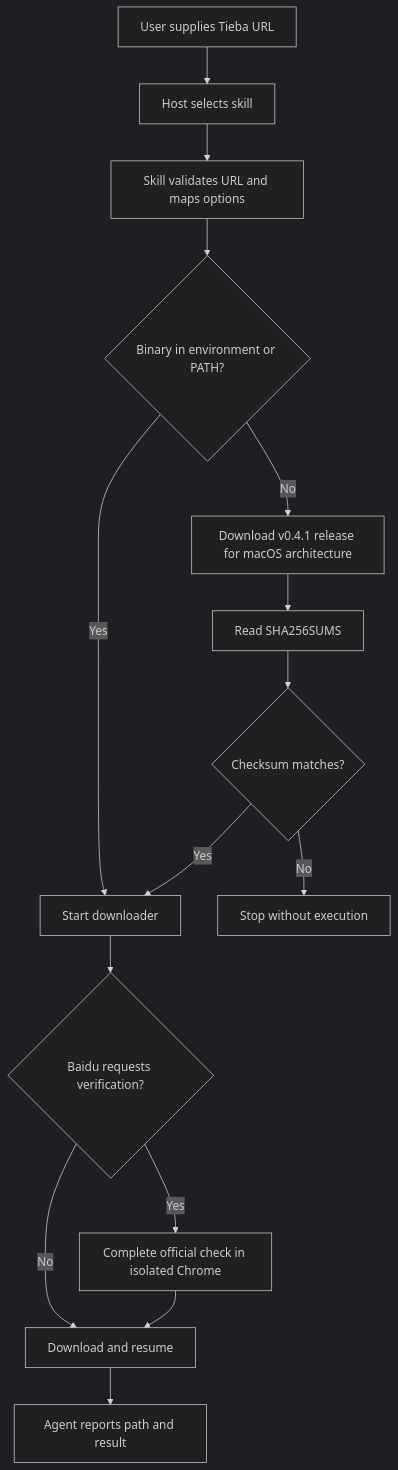
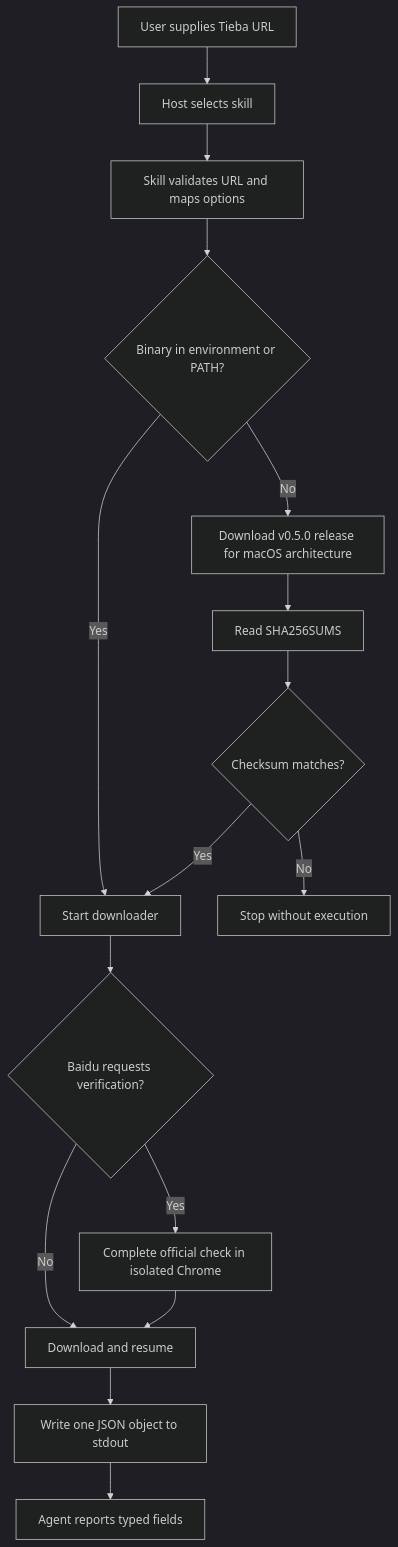
One commit to XieWeikai/tieba-image-downloader changed the diagram in docs/plugin.en.md. Above: the diagram before and after it, drawn with Mermaid (dark theme). The commit also changed other lines of this file and 29 other files, not shown here.

````diff
--- a/docs/plugin.en.md
+++ b/docs/plugin.en.md
@@ -60,17 +60,18 @@
 ```mermaid
 flowchart TD
     A[User supplies Tieba URL] --> B[Host selects skill]
     B --> C[Skill validates URL and maps options]
     C --> D{Binary in environment or PATH?}
     D -- Yes --> H[Start downloader]
-    D -- No --> E[Download v0.4.1 release for macOS architecture]
+    D -- No --> E[Download v0.5.0 release for macOS architecture]
     E --> F[Read SHA256SUMS]
     F --> G{Checksum matches?}
     G -- No --> X[Stop without execution]
     G -- Yes --> H
     H --> I{Baidu requests verification?}
     I -- Yes --> J[Complete official check in isolated Chrome]
     I -- No --> K[Download and resume]
     J --> K
-    K --> L[Agent reports path and result]
+    K --> L[Write one JSON object to stdout]
+    L --> M[Agent reports typed fields]
 ```
````
